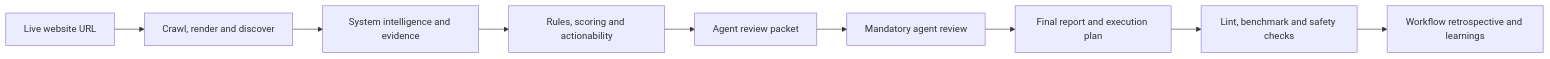
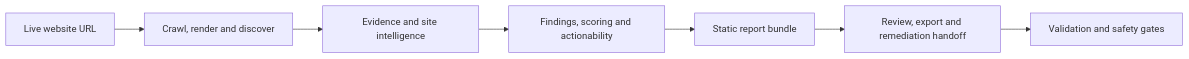
One commit to RNT56/SEO-workflow changed the diagram in README.md. Above: the diagram before and after it, drawn with Mermaid. The commit also changed other lines of this file and 1 other file, not shown here.

````diff
--- a/README.md
+++ b/README.md
@@ -38,11 +39,9 @@
 ```mermaid
 flowchart LR
   A["Live website URL"] --> B["Crawl, render and discover"]
-  B --> C["System intelligence and evidence"]
-  C --> D["Rules, scoring and actionability"]
-  D --> E["Agent review packet"]
-  E --> F["Mandatory agent review"]
-  F --> G["Final report and execution plan"]
-  G --> H["Lint, benchmark and safety checks"]
-  H --> I["Workflow retrospective and learnings"]
+  B --> C["Evidence and site intelligence"]
+  C --> D["Findings, scoring and actionability"]
+  D --> E["Static report bundle"]
+  E --> F["Review, export and remediation handoff"]
+  F --> G["Validation and safety gates"]
 ```
````
